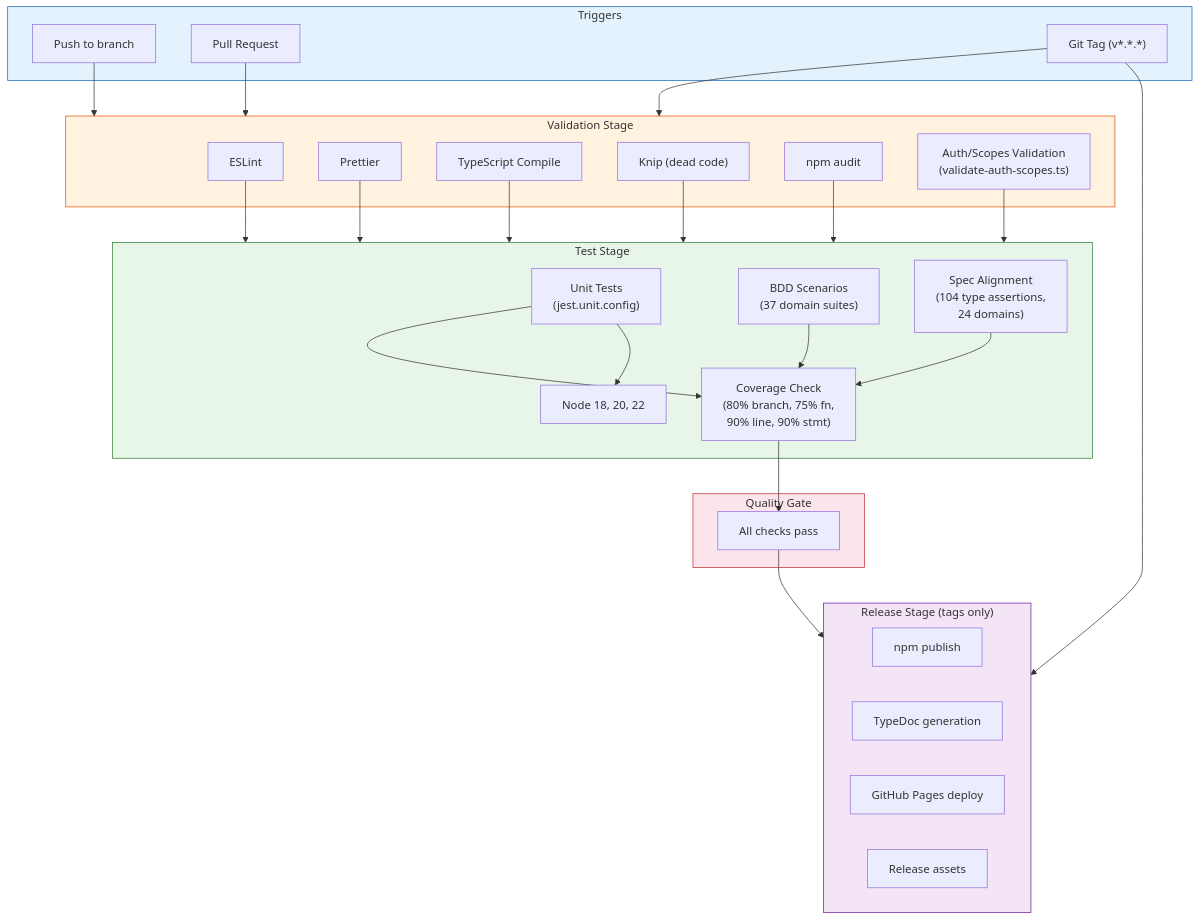
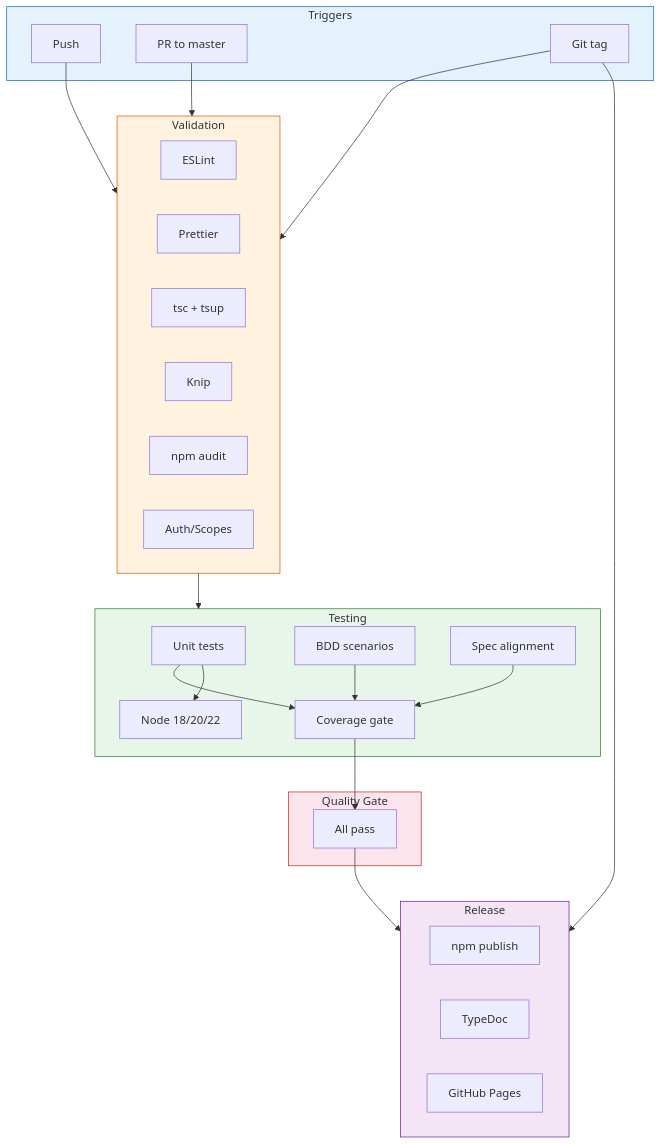
One commit to lgriffin/ESI.ts changed the tenth of 18 diagrams in guides/ARCHITECTURE.md. Above: the diagram before and after it, drawn with Mermaid. The commit also changed other lines of this file, not shown here.

First line of the commit message:
docs: fix sequence diagram rendering and enrich architecture prose

````diff
--- a/guides/ARCHITECTURE.md
+++ b/guides/ARCHITECTURE.md
@@ -586,63 +552,53 @@
 ```mermaid
-graph TB
-    subgraph Trigger["Triggers"]
-        Push["Push to branch"]
-        PR["Pull Request"]
-        Tag["Git Tag (v*.*.*)"]
+flowchart TB
+    subgraph Trigger ["Triggers"]
+        Push["Push"]
+        PR["PR to master"]
+        Tag["Git tag"]
     end
 
-    subgraph Validation["Validation Stage"]
+    subgraph Validation ["Validation"]
         Lint["ESLint"]
         Format["Prettier"]
-        Build["TypeScript Compile"]
-        Knip["Knip (dead code)"]
+        Build["tsc + tsup"]
+        Knip["Knip"]
         Audit["npm audit"]
-        AuthScopes["Auth/Scopes Validation<br/>(validate-auth-scopes.ts)"]
+        Auth["Auth/Scopes"]
     end
 
-    subgraph Testing["Test Stage"]
-        Unit["Unit Tests<br/>(jest.unit.config)"]
-        BDD["BDD Scenarios<br/>(37 domain suites)"]
-        SpecAlign["Spec Alignment<br/>(104 type assertions,<br/>24 domains)"]
-        Coverage["Coverage Check<br/>(80% branch, 75% fn,<br/>90% line, 90% stmt)"]
-        Matrix["Node 18, 20, 22"]
+    subgraph Testing ["Testing"]
+        Unit["Unit tests"]
+        BDD["BDD scenarios"]
+        Spec["Spec alignment"]
+        Cov["Coverage gate"]
+        Matrix["Node 18/20/22"]
     end
 
-    subgraph Quality["Quality Gate"]
-        Gate["All checks pass"]
+    subgraph QG ["Quality Gate"]
+        Gate["All pass"]
     end
 
-    subgraph Release["Release Stage (tags only)"]
+    subgraph Release ["Release"]
         NPM["npm publish"]
-        Docs["TypeDoc generation"]
-        Pages["GitHub Pages deploy"]
-        Assets["Release assets"]
+        Docs["TypeDoc"]
+        Pages["GitHub Pages"]
     end
 
     Push --> Validation
     PR --> Validation
     Tag --> Validation
-
-    Lint --> Testing
-    Format --> Testing
-    Build --> Testing
-    Knip --> Testing
-    Audit --> Testing
-    AuthScopes --> Testing
-
-    Unit --> Coverage
-    BDD --> Coverage
-    SpecAlign --> Coverage
+    Validation --> Testing
+    Unit --> Cov
+    BDD --> Cov
+    Spec --> Cov
     Unit --> Matrix
-
-    Coverage --> Gate
-
+    Cov --> Gate
     Tag --> Release
     Gate --> Release
 
     style Trigger fill:#e3f2fd,stroke:#1565c0
     style Validation fill:#fff3e0,stroke:#e65100
     style Testing fill:#e8f5e9,stroke:#2e7d32
-    style Quality fill:#fce4ec,stroke:#c62828
+    style QG fill:#fce4ec,stroke:#c62828
     style Release fill:#f3e5f5,stroke:#6a1b9a
 ```
````
